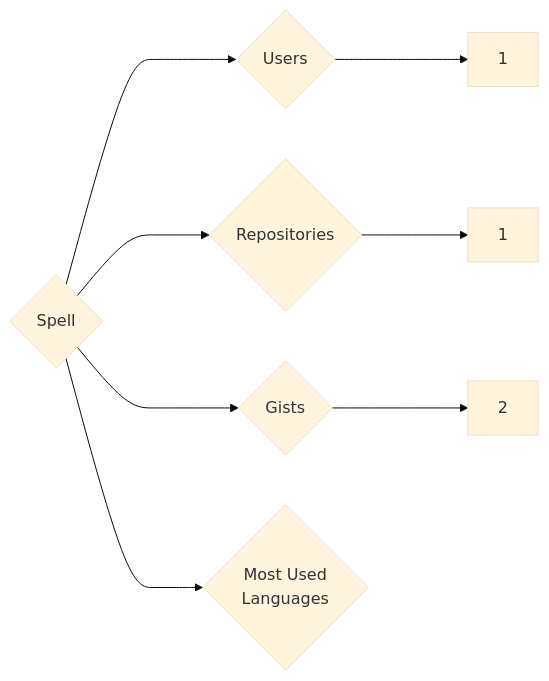
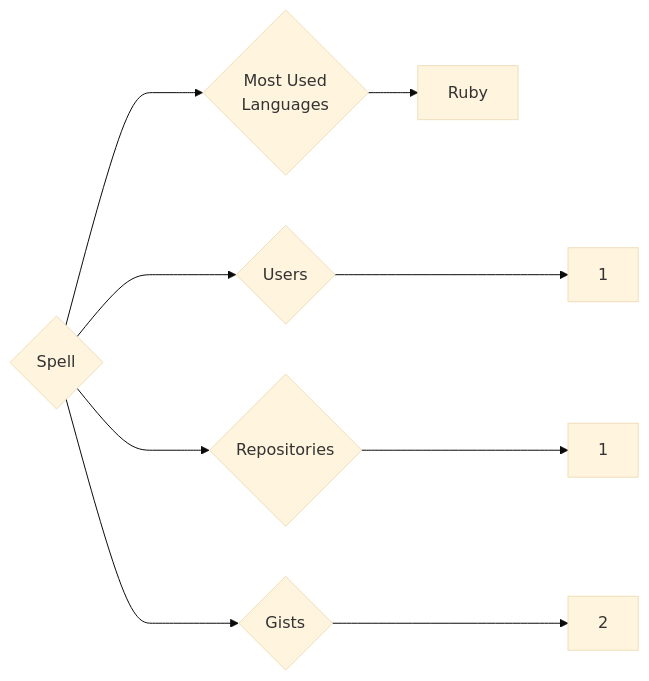
The diagram in targets/Spell/README.md (trickest/insiders), drawn with Mermaid (base theme) before and after one commit. The commit also changed 773 other files, not shown here.

````diff
--- a/targets/Spell/README.md
+++ b/targets/Spell/README.md
@@ -3,8 +3,9 @@
 ```mermaid
 graph LR
 COMPANY_NAME{Spell}
 COMPANY_NAME ---> U{Users} ---> UN[1]
 COMPANY_NAME ---> R{Repositories} ---> RN[1]
 COMPANY_NAME ---> G{Gists} ---> GN[2]
 COMPANY_NAME ---> ML{Most Used<br>Languages}
+ML --> Ruby[Ruby]
 ```
````
